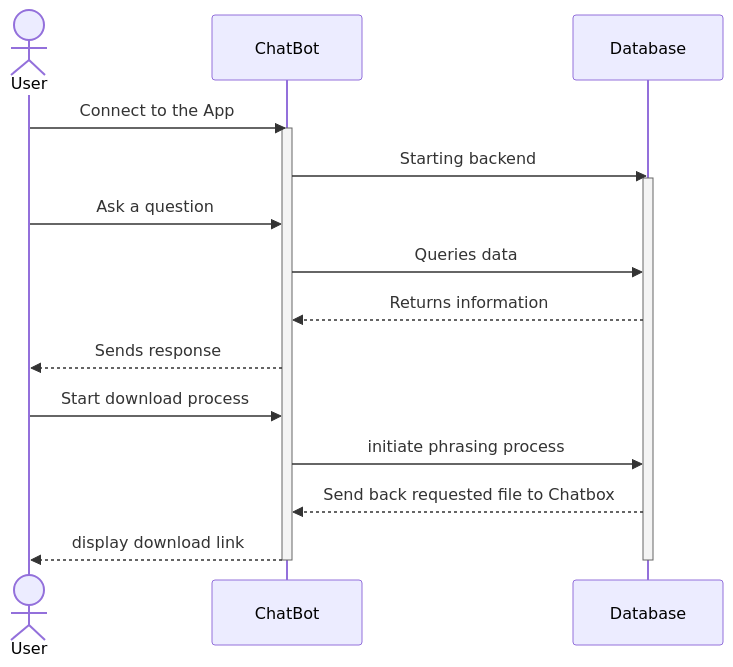
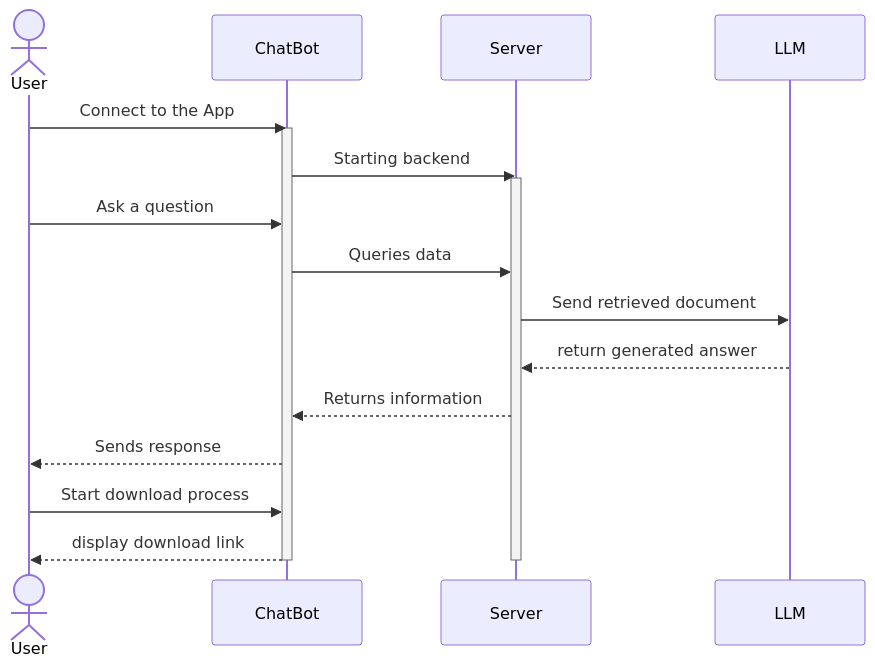
Before and after one commit to Capstone-Projects-2025-Spring/project-003-bioinformatics-chatbot: the second of 5 diagrams in documentation/docs/requirements/use-case-descriptions.md, drawn with Mermaid. The commit also changed other lines of this file and 1 other file, not shown here.

First line of the commit message:
updated Sequence/ rewrite features

````diff
--- a/documentation/docs/requirements/use-case-descriptions.md
+++ b/documentation/docs/requirements/use-case-descriptions.md
@@ -67,24 +72,25 @@
 ```mermaid
 sequenceDiagram
     actor A as User
     participant B as ChatBot
-    participant C as Database
+    participant C as Server
+    participant D as LLM
     
     
     A->>B: Connect to the App
     
     activate B
     B->>C: Starting backend
     activate C
     A->>B: Ask a question
     B->>C: Queries data
+    C->>D: Send retrieved document
+    D-->>C: return generated answer
     C-->>B: Returns information
     B-->>A: Sends response
 
     A->>B: Start download process
-    B->>C: initiate phrasing process
-    C-->>B: Send back requested file to Chatbox
     B-->>A: display download link
     deactivate B
     deactivate C
 ```
````
